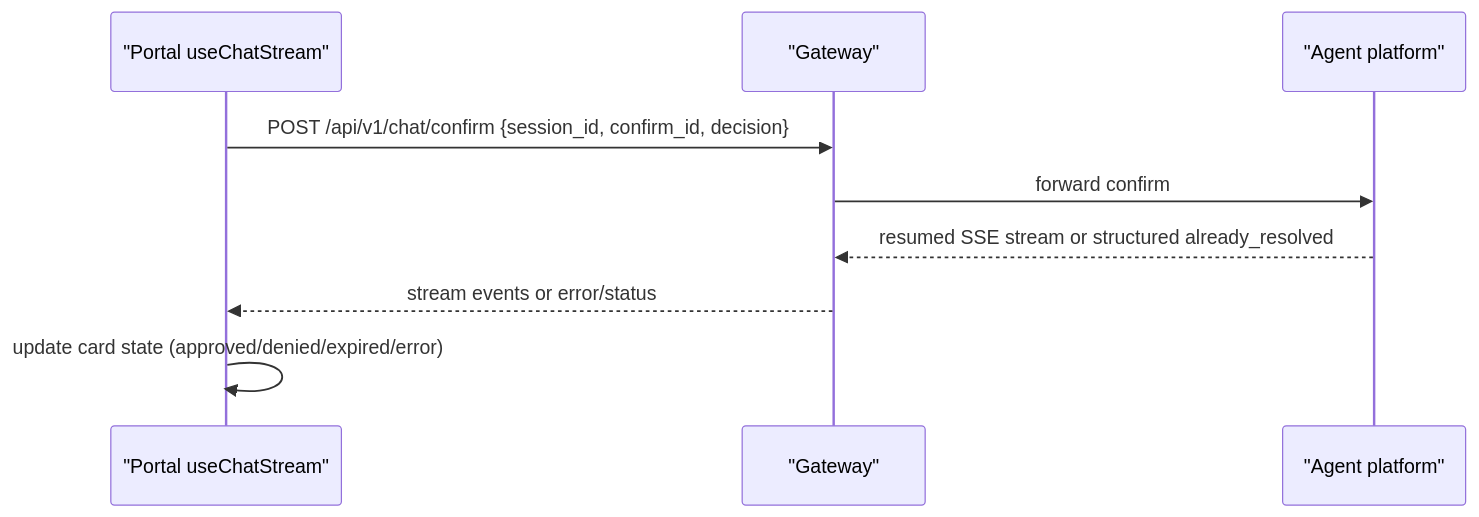
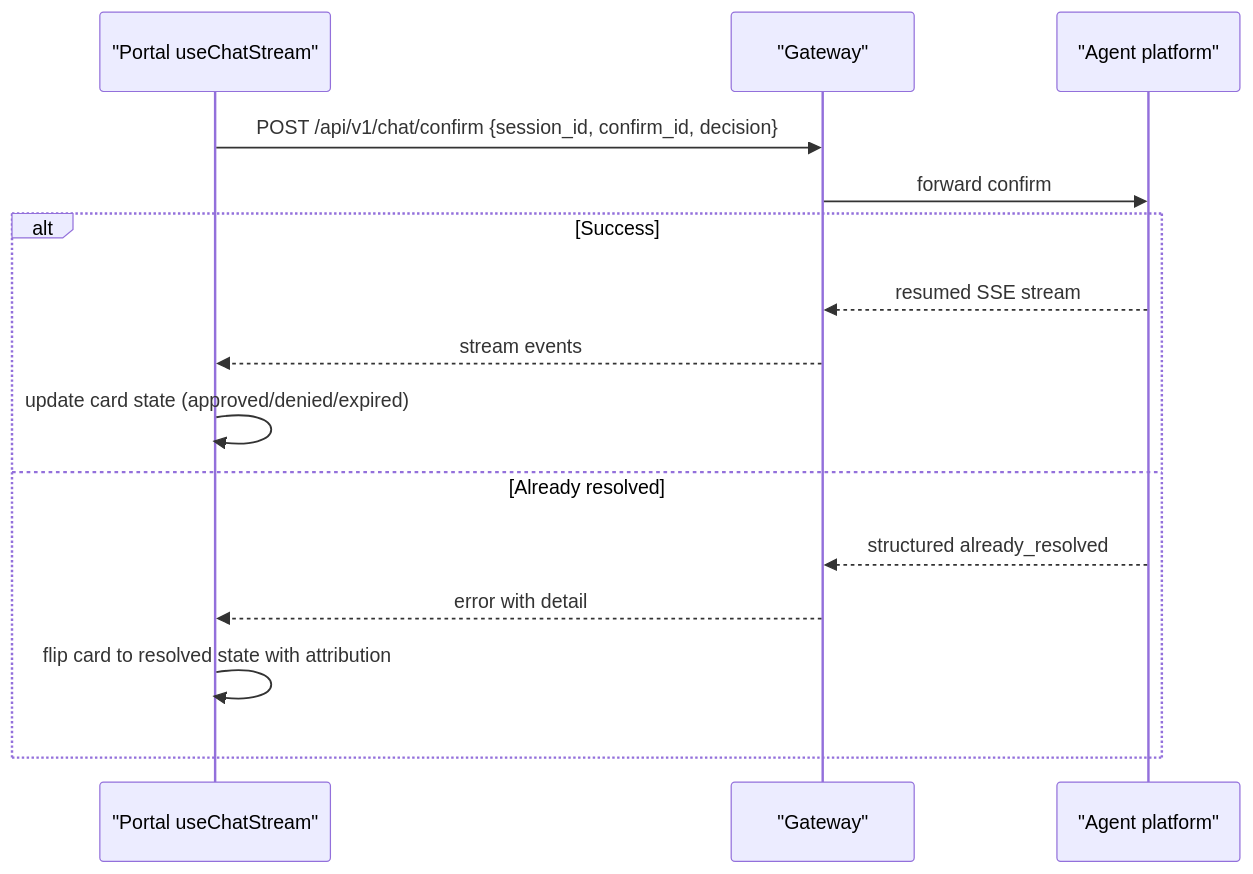
One commit to metasync/luban-aiops changed the sixth of 7 diagrams in .qoder/repowiki/en/content/Architecture Documentation/SPEC-031_ Approval Inbox and Persistent Confirmation Cards.md. Above: the diagram before and after it, drawn with Mermaid. The commit also changed other lines of this file and 36 other files, not shown here.

````diff
--- a/.qoder/repowiki/en/content/Architecture Documentation/SPEC-031_ Approval Inbox and Persistent Confirmation Cards.md
+++ b/.qoder/repowiki/en/content/Architecture Documentation/SPEC-031_ Approval Inbox and Persistent Confirmation Cards.md
@@ -218,11 +257,17 @@
 ```mermaid
 sequenceDiagram
 participant Portal as "Portal useChatStream"
 participant Gateway as "Gateway"
 participant Agent as "Agent platform"
 Portal->>Gateway : POST /api/v1/chat/confirm {session_id, confirm_id, decision}
 Gateway->>Agent : forward confirm
-Agent-->>Gateway : resumed SSE stream or structured already_resolved
-Gateway-->>Portal : stream events or error/status
-Portal->>Portal : update card state (approved/denied/expired/error)
+alt Success
+Agent-->>Gateway : resumed SSE stream
+Gateway-->>Portal : stream events
+Portal->>Portal : update card state (approved/denied/expired)
+else Already resolved
+Agent-->>Gateway : structured already_resolved
+Gateway-->>Portal : error with detail
+Portal->>Portal : flip card to resolved state with attribution
+end
 ```
````
